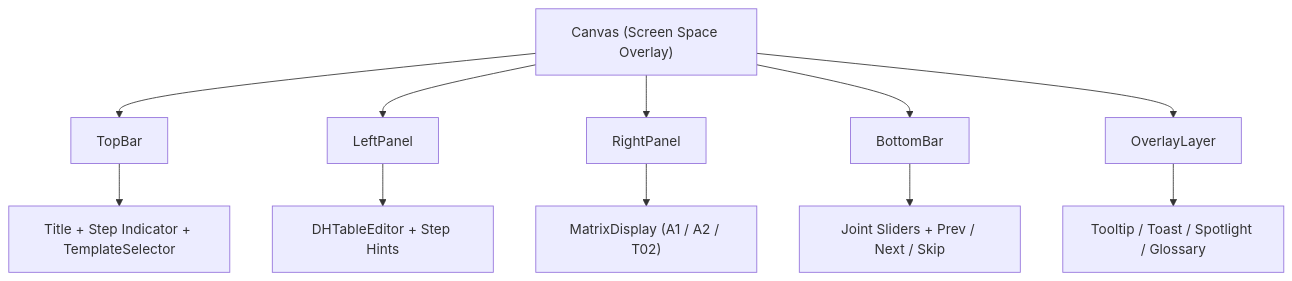
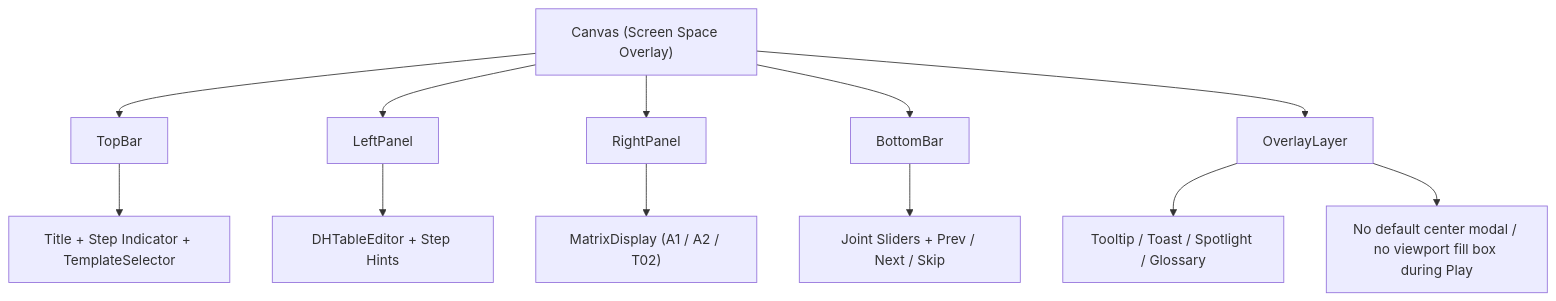
The fifth of 5 diagrams in docs/ref/architecture-diagrams.md (kimjuyoung1127/robotapp), drawn with Mermaid before and after one commit. The commit also changed other lines of this file and 14 other files, not shown here.

````diff
--- a/docs/ref/architecture-diagrams.md
+++ b/docs/ref/architecture-diagrams.md
@@ -80,14 +80,15 @@
 ```mermaid
 flowchart TB
   A["Canvas (Screen Space Overlay)"] --> B["TopBar"]
   A --> C["LeftPanel"]
   A --> D["RightPanel"]
   A --> E["BottomBar"]
   A --> F["OverlayLayer"]
 
   B --> B1["Title + Step Indicator + TemplateSelector"]
   C --> C1["DHTableEditor + Step Hints"]
   D --> D1["MatrixDisplay (A1 / A2 / T02)"]
   E --> E1["Joint Sliders + Prev / Next / Skip"]
   F --> F1["Tooltip / Toast / Spotlight / Glossary"]
+  F --> F2["No default center modal / no viewport fill box during Play"]
 ```
````
